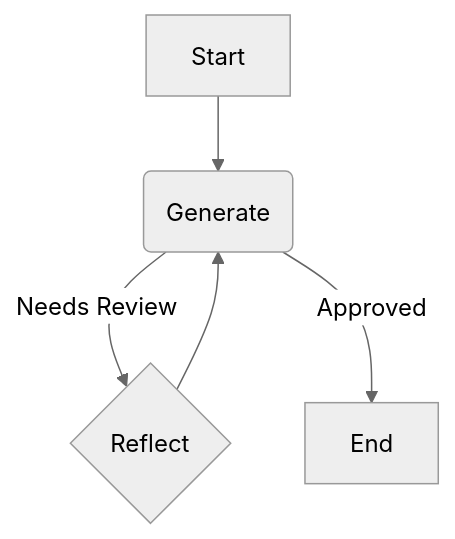
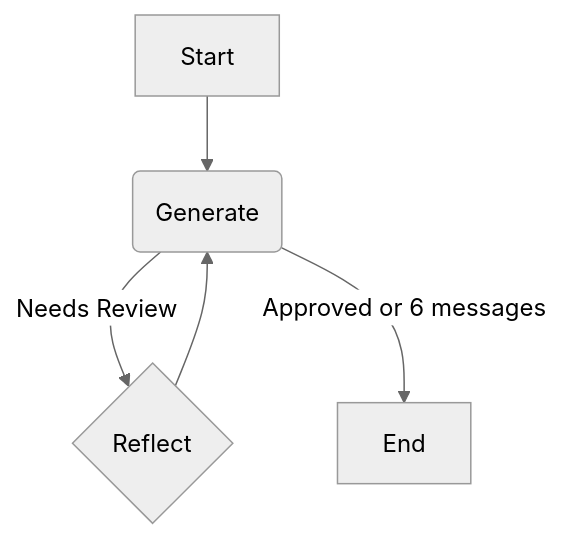
The diagram in reflection-agent/README.md (rwuniard/my-langgraph), drawn with Mermaid (neutral theme) before and after one commit. The commit also changed other lines of this file and 1 other file, not shown here.

````diff
--- a/reflection-agent/README.md
+++ b/reflection-agent/README.md
@@ -16,7 +16,7 @@
 ```mermaid
 graph TD
     A[Start] --> B(Generate);
     B -->|Needs Review| C{Reflect};
     C -->B;
-    B -->|Approved| D[End];
+    B -->|Approved or 6 messages| D[End];
 ```
````
